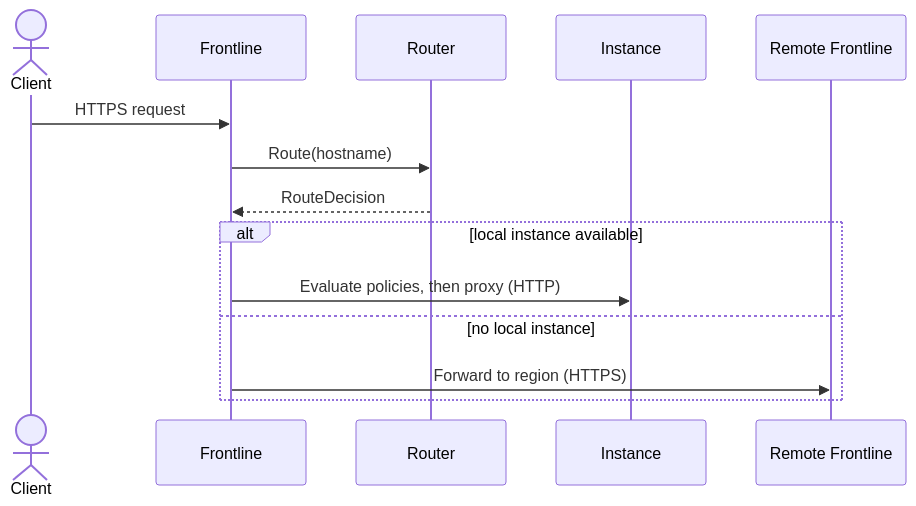
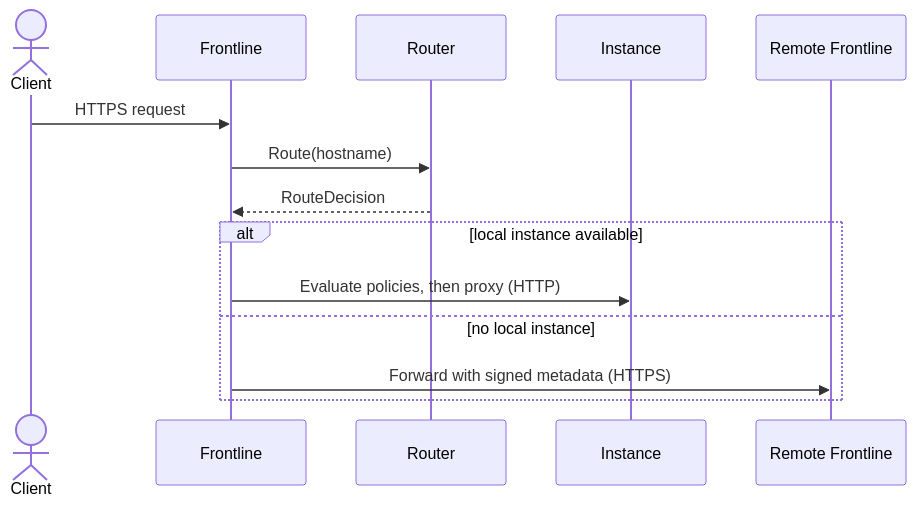
One commit to unkeyed/unkey changed the first of 2 diagrams in docs/engineering/architecture/services/frontline/routing.mdx. Above: the diagram before and after it, drawn with Mermaid. The commit also changed other lines of this file and 24 other files, not shown here.

First line of the commit message:
feat(frontline): sign cross-region metadata

````diff
--- a/docs/engineering/architecture/services/frontline/routing.mdx
+++ b/docs/engineering/architecture/services/frontline/routing.mdx
@@ -15,17 +15,17 @@
 ```mermaid
 sequenceDiagram
   actor Client
   participant Frontline as Frontline
   participant Router as Router
   participant Instance as Instance
   participant Remote as Remote Frontline
 
   Client->>Frontline: HTTPS request
   Frontline->>Router: Route(hostname)
   Router-->>Frontline: RouteDecision
   alt local instance available
     Frontline->>Instance: Evaluate policies, then proxy (HTTP)
   else no local instance
-    Frontline->>Remote: Forward to region (HTTPS)
+    Frontline->>Remote: Forward with signed metadata (HTTPS)
   end
 ```
````
